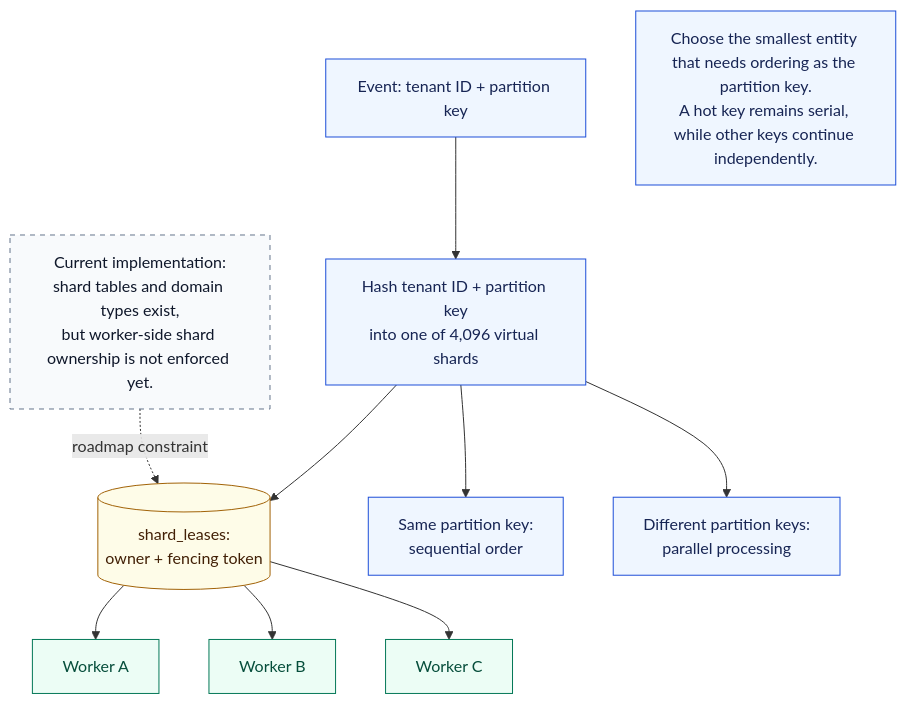
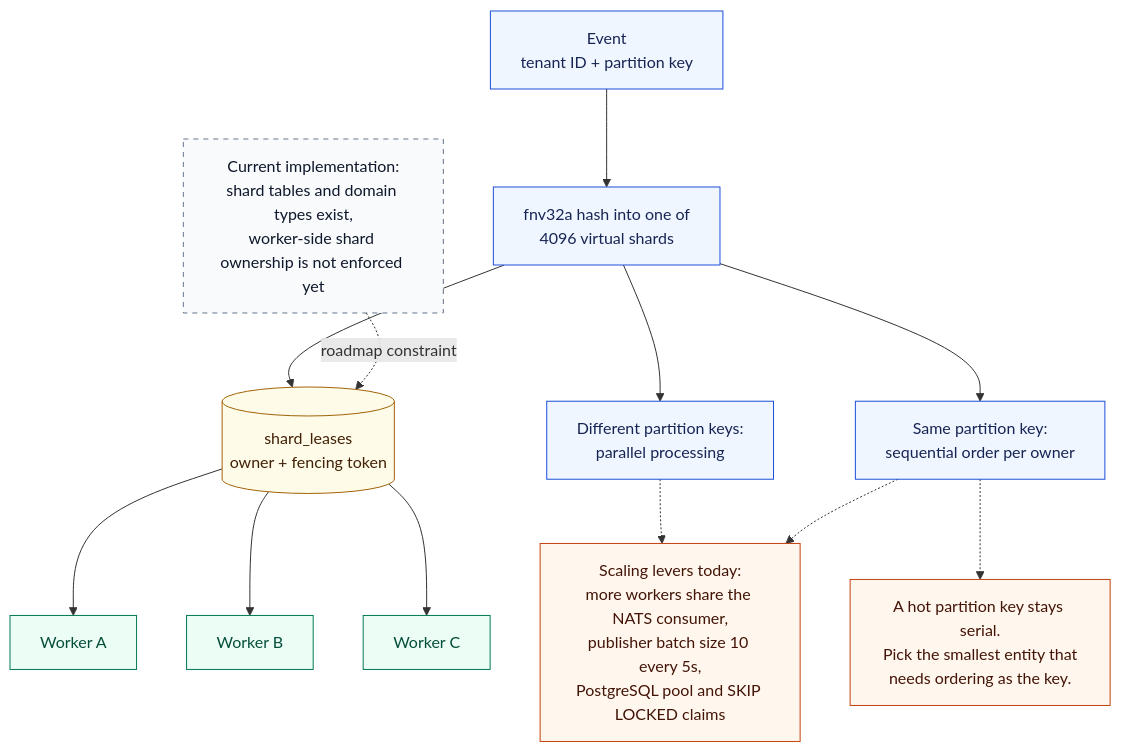
One commit to premchandkpc/kafka-simulate-rule changed the diagram in docs/18-scaling-and-ordering.mmd. Above: the diagram before and after it, drawn with Mermaid. The commit also changed 17 other files, not shown here.

Commit message:
docs: enrich mermaid diagrams and fix parse errors

```diff
--- a/docs/18-scaling-and-ordering.mmd
+++ b/docs/18-scaling-and-ordering.mmd
@@ -1,27 +1,34 @@
 flowchart TB
+    %% Design view: worker scaling, ordering guarantees, and current constraints.
     classDef event fill:#eff6ff,stroke:#1d4ed8,color:#172554
     classDef store fill:#fefce8,stroke:#a16207,color:#422006
     classDef worker fill:#ecfdf5,stroke:#047857,color:#064e3b
+    classDef lever fill:#fff7ed,stroke:#c2410c,color:#431407
     classDef planned fill:#f8fafc,stroke:#64748b,color:#0f172a,stroke-dasharray: 5 5
 
-    Event[Event: tenant ID + partition key]:::event
-    Hash[Hash tenant ID + partition key<br/>into one of 4,096 virtual shards]:::event
-    Lease[(shard_leases:<br/>owner + fencing token)]:::store
-    W1[Worker A]:::worker
-    W2[Worker B]:::worker
-    W3[Worker C]:::worker
-    Ordered[Same partition key:<br/>sequential order]:::event
-    Parallel[Different partition keys:<br/>parallel processing]:::event
+    Event["Event<br/>tenant ID + partition key"]:::event
+    Hash["fnv32a hash into one of<br/>4096 virtual shards"]:::event
+    Lease[("shard_leases<br/>owner + fencing token")]:::store
+    W1["Worker A"]:::worker
+    W2["Worker B"]:::worker
+    W3["Worker C"]:::worker
+    Ordered["Same partition key:<br/>sequential order per owner"]:::event
+    Parallel["Different partition keys:<br/>parallel processing"]:::event
 
     Event --> Hash
     Hash --> Lease
     Lease --> W1
     Lease --> W2
     Lease --> W3
     Hash --> Ordered
     Hash --> Parallel
 
-    Current[Current implementation:<br/>shard tables and domain types exist,<br/>but worker-side shard ownership is not enforced yet.]:::planned
+    Current["Current implementation:<br/>shard tables and domain types exist,<br/>worker-side shard ownership is not enforced yet"]:::planned
     Current -. roadmap constraint .-> Lease
 
-    Note[Choose the smallest entity that needs ordering as the partition key.<br/>A hot key remains serial, while other keys continue independently.]:::event
+    Levers["Scaling levers today:<br/>more workers share the NATS consumer,<br/>publisher batch size 10 every 5s,<br/>PostgreSQL pool and SKIP LOCKED claims"]:::lever
+    Parallel -.-> Levers
+    Ordered -.-> Levers
+
+    Hot["A hot partition key stays serial.<br/>Pick the smallest entity that<br/>needs ordering as the key."]:::lever
+    Ordered -.-> Hot
```
